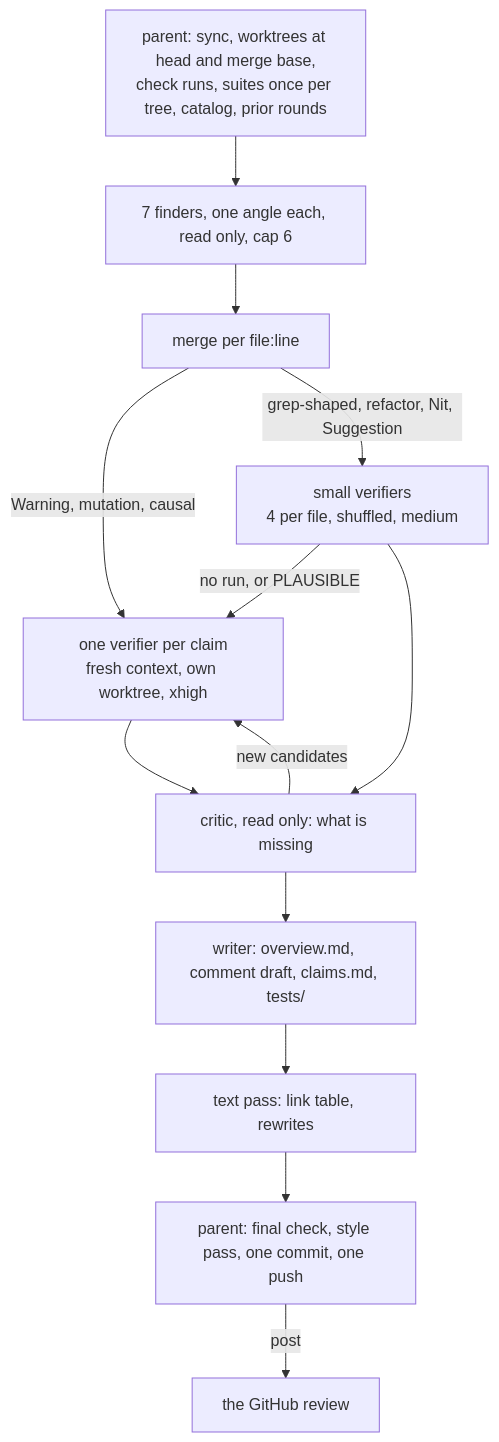
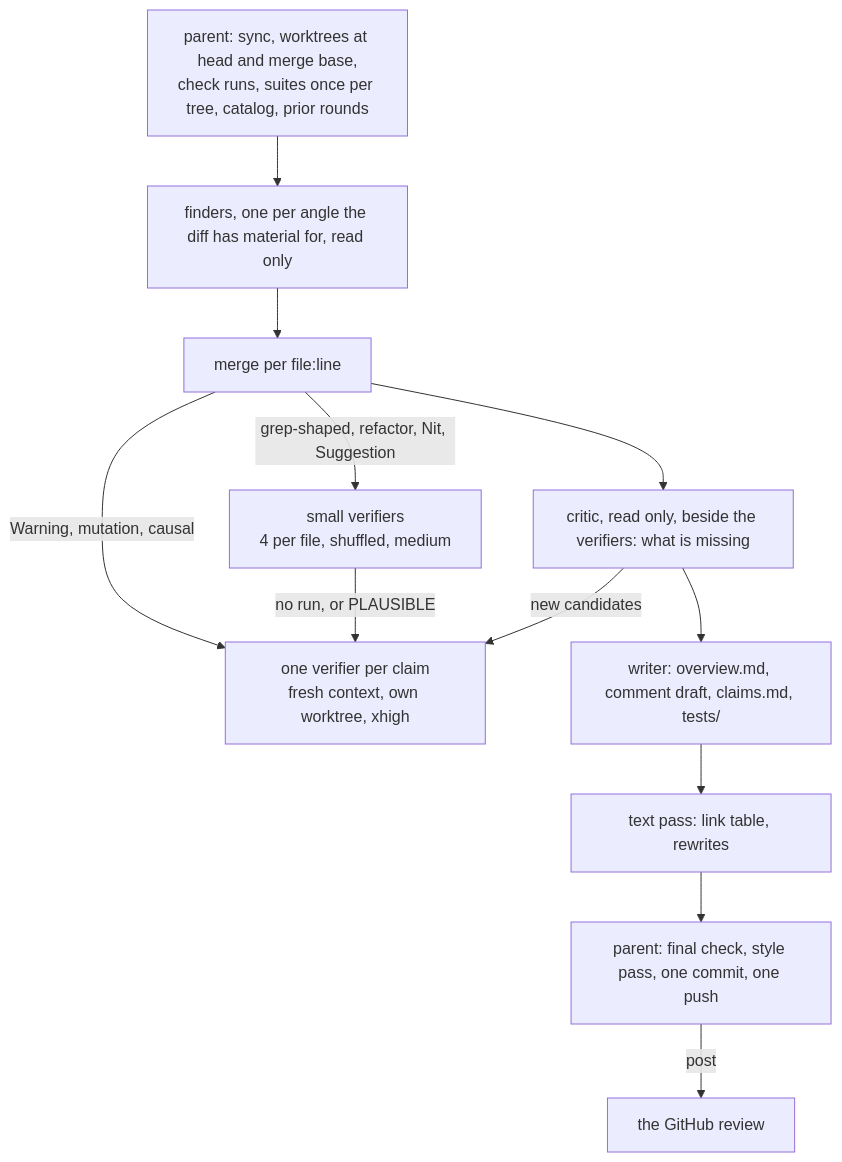
The diagram in README.md (davd-gzl/skills), drawn with Mermaid before and after one commit. The commit also changed other lines of this file and 1 other file, not shown here.

Commit message:
review, readme: angles gated on the diff, the critic beside the first verify wave, a tool-call budget per verifier, claims rows from the verdicts

````diff
--- a/README.md
+++ b/README.md
@@ -106,15 +106,14 @@
 ```mermaid
 flowchart TD
   P[parent: sync, worktrees at head and merge base,<br/>check runs, suites once per tree, catalog, prior rounds] --> F
-  F[7 finders, one angle each, read only, cap 6] --> M[merge per file:line]
+  F[finders, one per angle the diff has material for, read only] --> M[merge per file:line]
   M -->|Warning, mutation, causal| B[one verifier per claim<br/>fresh context, own worktree, xhigh]
   M -->|grep-shaped, refactor, Nit, Suggestion| S[small verifiers<br/>4 per file, shuffled, medium]
   S -->|no run, or PLAUSIBLE| B
-  B --> C[critic, read only: what is missing]
-  S --> C
+  M --> C[critic, read only, beside the verifiers: what is missing]
   C -->|new candidates| B
   C --> W[writer: overview.md, comment draft, claims.md, tests/]
   W --> T[text pass: link table, rewrites]
   T --> Q[parent: final check, style pass, one commit, one push]
   Q -->|post| G[the GitHub review]
 ```
````
